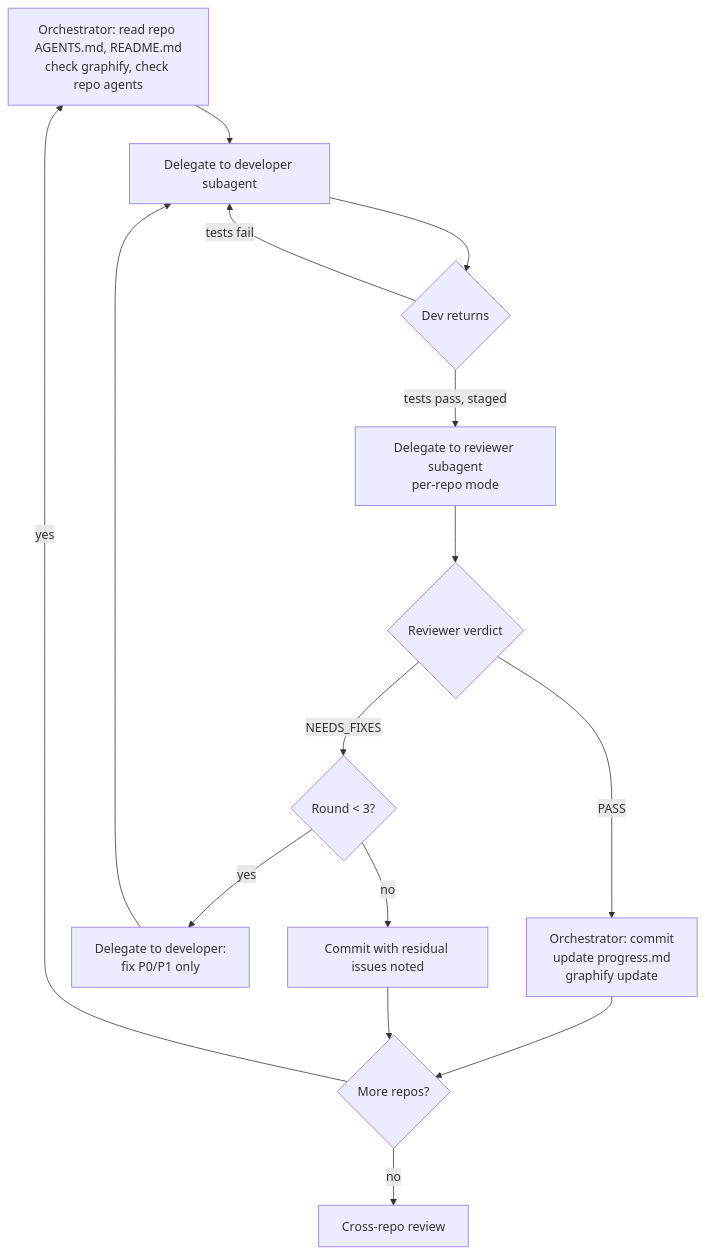
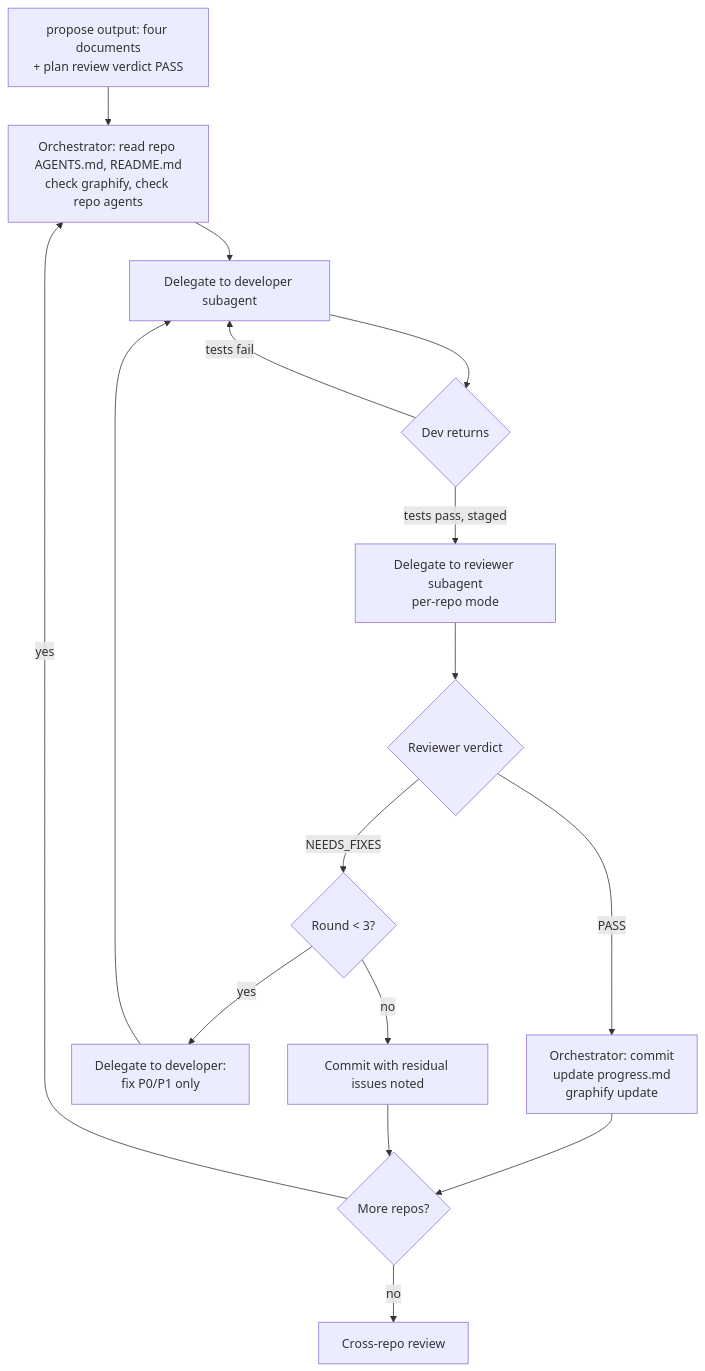
Before and after one commit to jie-meng/mythril-agent-skills: the second of 2 diagrams in docs/fullstack/AGENT-ORCHESTRATION.md, drawn with Mermaid. The commit also changed other lines of this file and 14 other files, not shown here.

````diff
--- a/docs/fullstack/AGENT-ORCHESTRATION.md
+++ b/docs/fullstack/AGENT-ORCHESTRATION.md
@@ -183,17 +204,18 @@
 ```mermaid
 flowchart TD
-    A[Orchestrator: read repo AGENTS.md, README.md<br/>check graphify, check repo agents] --> B[Delegate to developer subagent]
+    P[propose output: four documents<br/>+ plan review verdict PASS] --> A[Orchestrator: read repo AGENTS.md, README.md<br/>check graphify, check repo agents]
+    A --> B[Delegate to developer subagent]
     B --> C{Dev returns}
     C -- "tests pass, staged" --> D[Delegate to reviewer subagent<br/>per-repo mode]
     C -- "tests fail" --> B
     D --> E{Reviewer verdict}
     E -- PASS --> F[Orchestrator: commit<br/>update progress.md<br/>graphify update]
     E -- NEEDS_FIXES --> G{Round < 3?}
     G -- yes --> H[Delegate to developer:<br/>fix P0/P1 only]
     H --> B
     G -- no --> I[Commit with residual issues noted]
     F --> J{More repos?}
     I --> J
     J -- yes --> A
     J -- no --> K[Cross-repo review]
 ```
````
